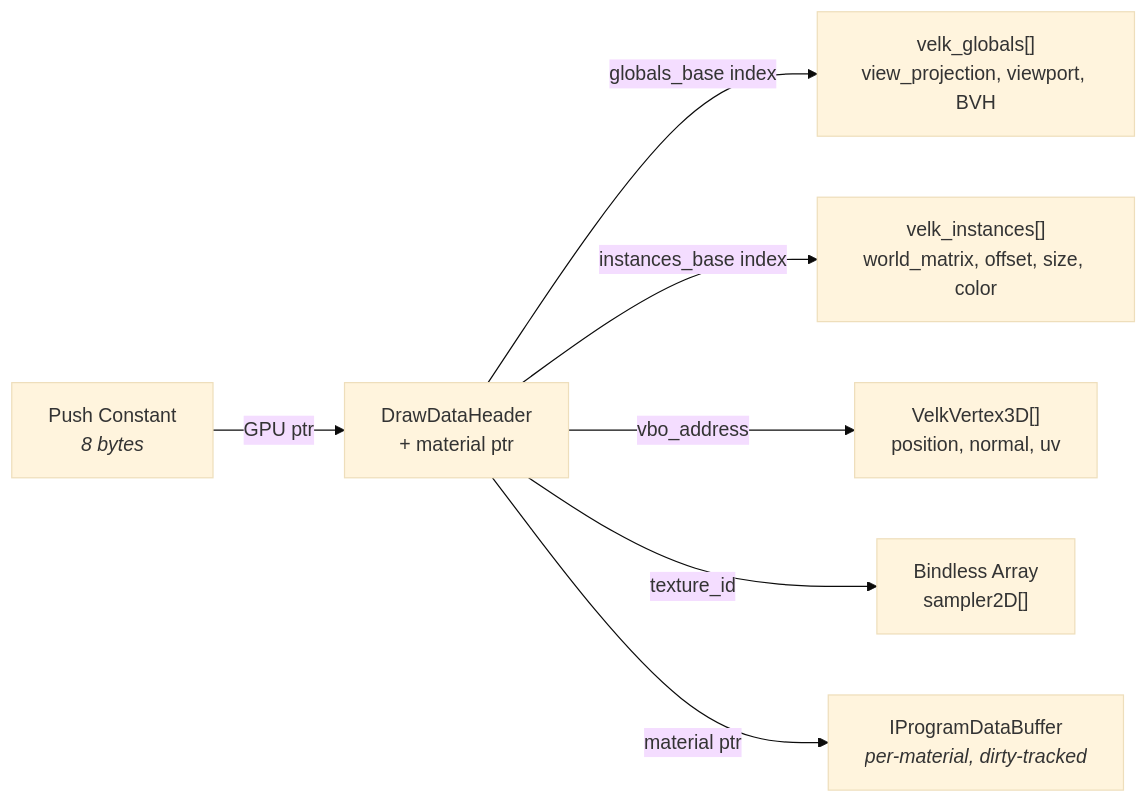
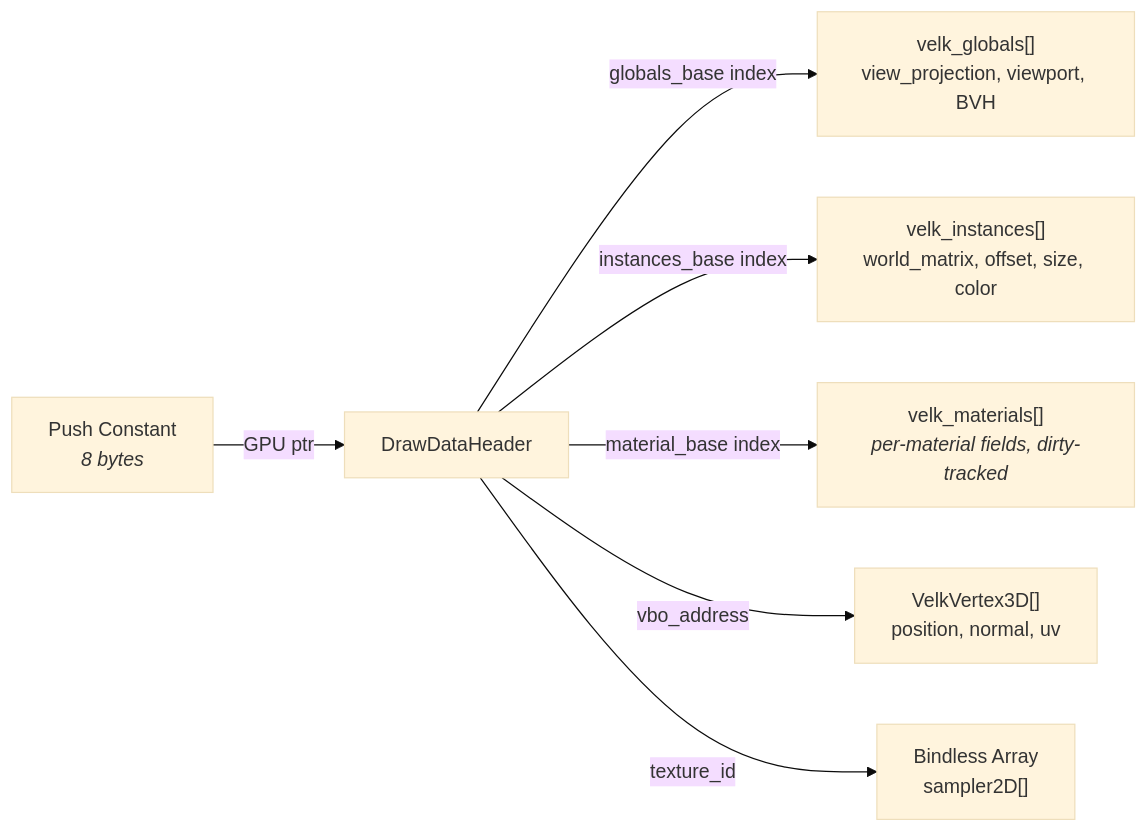
Before and after one commit to ljaaskela/velk-platform: the third of 5 diagrams in docs/render/render-backend.md, drawn with Mermaid (base theme). The commit also changed other lines of this file and 2 other files, not shown here.

````diff
--- a/docs/render/render-backend.md
+++ b/docs/render/render-backend.md
@@ -221,9 +219,9 @@
 ```mermaid
 graph LR
-    PC["Push Constant<br/><i>8 bytes</i>"] -->|GPU ptr| DDH["DrawDataHeader<br/>+ material ptr"]
+    PC["Push Constant<br/><i>8 bytes</i>"] -->|GPU ptr| DDH["DrawDataHeader"]
     DDH -->|globals_base index| G["velk_globals[]<br/>view_projection, viewport, BVH"]
     DDH -->|instances_base index| I["velk_instances[]<br/>world_matrix, offset, size, color"]
+    DDH -->|material_base index| M["velk_materials[]<br/><i>per-material fields, dirty-tracked</i>"]
     DDH -->|vbo_address| V["VelkVertex3D[]<br/>position, normal, uv"]
     DDH -->|texture_id| T["Bindless Array<br/>sampler2D[]"]
-    DDH -->|material ptr| M["IProgramDataBuffer<br/><i>per-material, dirty-tracked</i>"]
 ```
````
